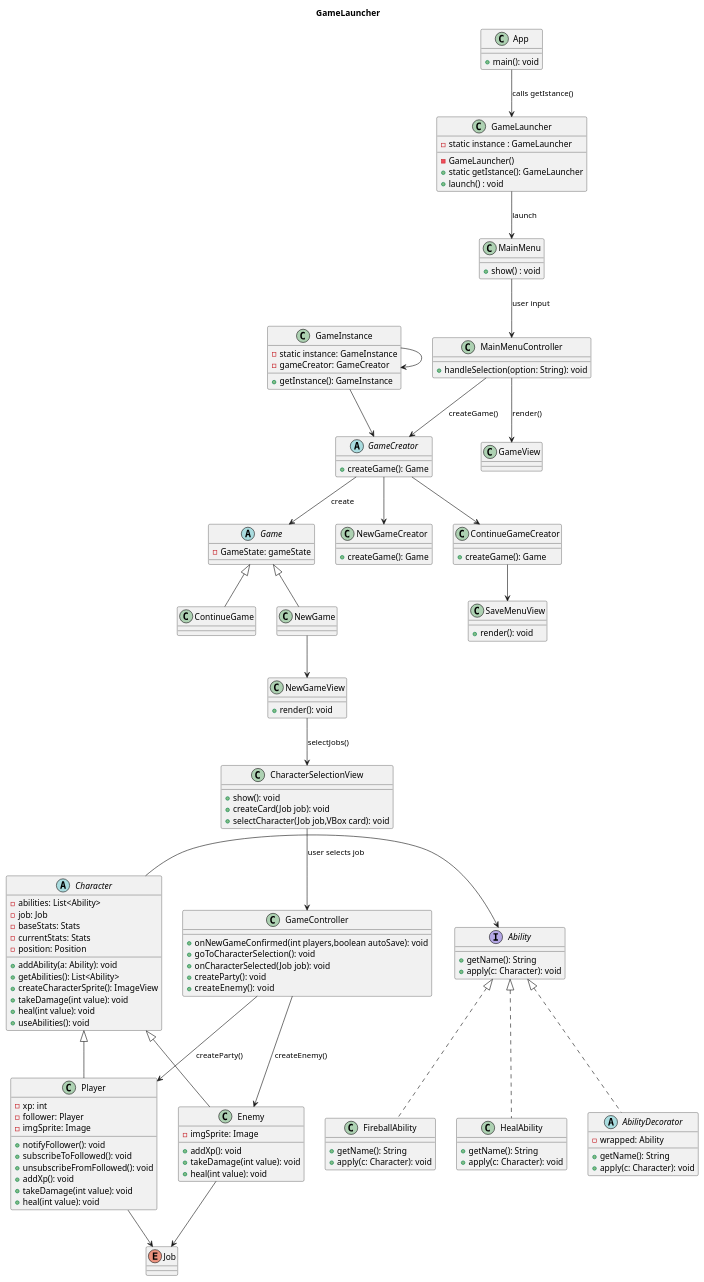
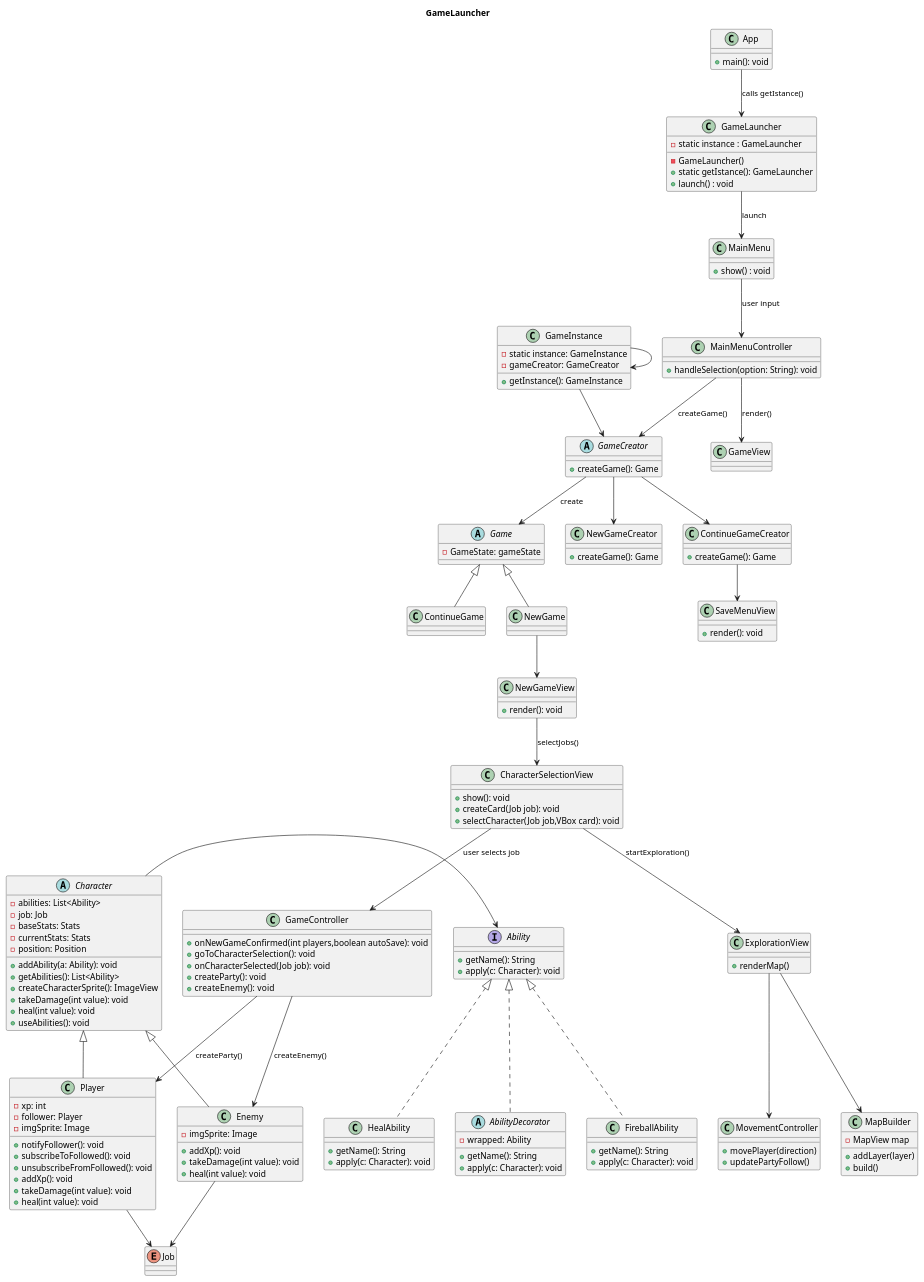
The diagram in user_stories_pml/The_Cycle.puml (samMM-cs/iss-team2), drawn with PlantUML before and after one commit. The commit also changed 10 other files, not shown here.

```diff
--- a/user_stories_pml/The_Cycle.puml
+++ b/user_stories_pml/The_Cycle.puml
@@ -1,156 +1,178 @@
 @startuml GameLauncher
 
 title GameLauncher
 
 class App{
     + main(): void
 }
 App-->GameLauncher: calls getIstance()
 
 class GameLauncher{
     - static instance : GameLauncher
     - GameLauncher()
     +static getIstance(): GameLauncher
     + launch() : void
 }
 
 class MainMenu{
     +show() : void
 }
 
 GameLauncher-->MainMenu: launch
 
 abstract class GameCreator{
     + createGame(): Game
 }
 
 class NewGameCreator{
     + createGame(): Game
 }
 
 class ContinueGameCreator{
     + createGame(): Game
 }
 
 GameCreator -down-> NewGameCreator
 GameCreator -down-> ContinueGameCreator
 GameCreator --> Game : create
 
 abstract class Game{
     - GameState: gameState
 }
 
 class NewGame{}
 class ContinueGame{}
 
 class NewGame {}
 class ContinueGame {}
 
 Game <|-- NewGame
 Game <|-- ContinueGame
 
 class NewGameView {
     + render(): void
 }
 class SaveMenuView {
     + render(): void
 }
 
 NewGame --> NewGameView
 ContinueGameCreator --> SaveMenuView
 
 ' ===== Singleton GameInstance =====
 class GameInstance {
     - static instance: GameInstance
     - gameCreator: GameCreator
     + getInstance(): GameInstance
 }
 
 GameInstance --> GameCreator
 GameInstance --> GameInstance
 
 class MainMenuController{
     + handleSelection(option: String): void
 }
 
 MainMenu --> MainMenuController : user input
 MainMenuController --> GameCreator : createGame()
 MainMenuController --> GameView : render()
 
 'Choose character job, uso Abstract Factory'
 abstract class Character{
     -abilities: List<Ability>
     +addAbility(a: Ability): void
     +getAbilities(): List<Ability>
     - job: Job
     -baseStats: Stats
     -currentStats: Stats
     -position: Position
     +createCharacterSprite(): ImageView
     +takeDamage(int value): void
     +heal(int value): void
     +useAbilities(): void
 }
 
 class Player extends Character{
     - xp: int
     - follower: Player
     - imgSprite: Image
     +notifyFollower(): void
     +subscribeToFollowed(): void
     +unsubscribeFromFollowed(): void
     +addXp(): void
     +takeDamage(int value): void
     +heal(int value): void
 }
 class Enemy extends Character{
     - imgSprite: Image
     +addXp(): void
     +takeDamage(int value): void
     +heal(int value): void
 }
 
 class CharacterSelectionView{
     +show(): void
     +createCard(Job job): void
     +selectCharacter(Job job,VBox card): void
 }
 class GameController{
     +onNewGameConfirmed(int players,boolean autoSave): void
     +goToCharacterSelection(): void
     +onCharacterSelected(Job job): void
     +createParty(): void
     +createEnemy():  void
 
 }
 enum Job{}
 CharacterSelectionView-->GameController: user selects job
 NewGameView-->CharacterSelectionView: selectJobs()
 GameController-->Player:createParty()
 GameController-->Enemy:createEnemy()
 Player-->Job
 Enemy-->Job
 
 'Character Evolution, Decorator'
 interface Ability{
     +getName(): String
     +apply(c: Character): void
 }
 abstract class AbilityDecorator implements Ability{
     -wrapped: Ability
     +getName(): String
     +apply(c: Character): void
 }
 
 class FireballAbility implements Ability{
     +getName(): String
     +apply(c: Character): void
 }
 
 class HealAbility implements Ability{
     +getName(): String
     +apply(c: Character): void
 }
 
 Character->Ability
+
+'Builder'
+
+class MapBuilder{
+    - MapView map
+    + addLayer(layer)
+    + build()
+}
+
+  class ExplorationView {
+    + renderMap()
+  }
+
+  class MovementController {
+    + movePlayer(direction)
+    + updatePartyFollow()
+  }
+
+  ExplorationView --> MovementController
+  ExplorationView --> MapBuilder
+
+  CharacterSelectionView-->ExplorationView: startExploration()
 @enduml
```
